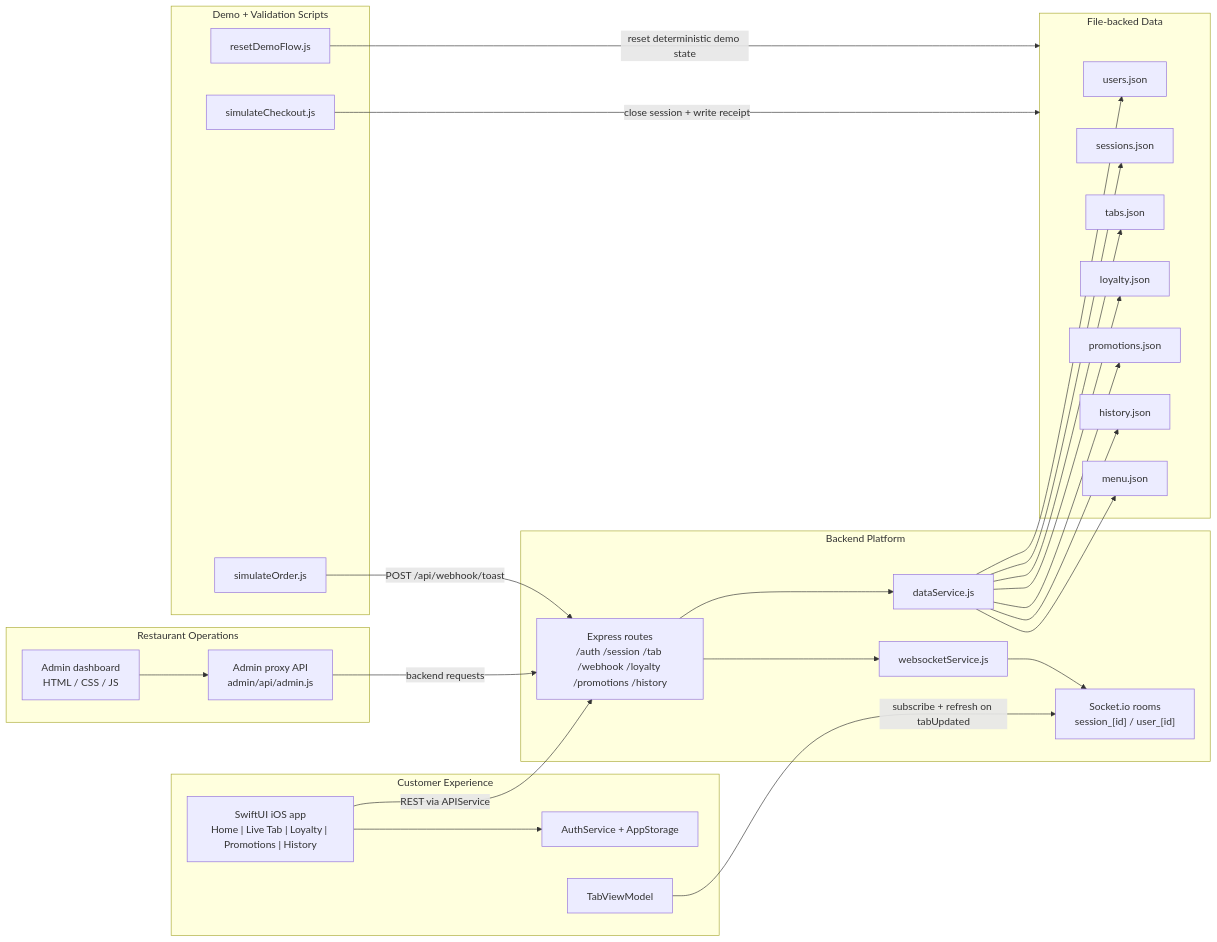
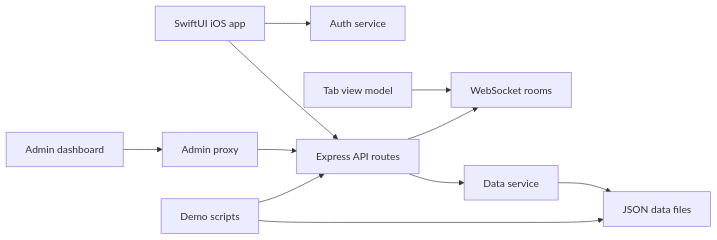
One commit to ebilguun03/ozora-capstone-portfolio changed the diagram in assets/capstone-experience/architecture/architecture-implemented.mmd. Above: the diagram before and after it, drawn with Mermaid. The commit also changed 3 other files, not shown here.

Commit message:
Fix experience page mermaid syntax

```diff
--- a/assets/capstone-experience/architecture/architecture-implemented.mmd
+++ b/assets/capstone-experience/architecture/architecture-implemented.mmd
@@ -1,53 +1,22 @@
 flowchart LR
-    subgraph client["Customer Experience"]
-        ios["SwiftUI iOS app\nHome | Live Tab | Loyalty | Promotions | History"]
-        auth["AuthService + AppStorage"]
-        tabvm["TabViewModel"]
-    end
-
-    subgraph admin["Restaurant Operations"]
-        dash["Admin dashboard\nHTML / CSS / JS"]
-        proxy["Admin proxy API\nadmin/api/admin.js"]
-    end
-
-    subgraph backend["Backend Platform"]
-        express["Express routes\n/auth /session /tab /webhook /loyalty /promotions /history"]
-        socket["Socket.io rooms\nsession_[id] / user_[id]"]
-        data["dataService.js"]
-        ws["websocketService.js"]
-    end
-
-    subgraph simulation["Demo + Validation Scripts"]
-        simOrder["simulateOrder.js"]
-        simCheckout["simulateCheckout.js"]
-        reset["resetDemoFlow.js"]
-    end
-
-    subgraph storage["File-backed Data"]
-        users["users.json"]
-        sessions["sessions.json"]
-        tabs["tabs.json"]
-        loyalty["loyalty.json"]
-        promos["promotions.json"]
-        history["history.json"]
-        menu["menu.json"]
-    end
+    ios["SwiftUI iOS app"]
+    auth["Auth service"]
+    tabvm["Tab view model"]
+    admin["Admin dashboard"]
+    proxy["Admin proxy"]
+    api["Express API routes"]
+    socket["WebSocket rooms"]
+    data["Data service"]
+    sim["Demo scripts"]
+    store["JSON data files"]
 
     ios --> auth
-    ios -->|"REST via APIService"| express
-    tabvm -->|"subscribe + refresh on tabUpdated"| socket
-    express --> data
-    express --> ws
-    ws --> socket
-    data --> users
-    data --> sessions
-    data --> tabs
-    data --> loyalty
-    data --> promos
-    data --> history
-    data --> menu
-    dash --> proxy
-    proxy -->|"backend requests"| express
-    simOrder -->|"POST /api/webhook/toast"| express
-    simCheckout -->|"close session + write receipt"| storage
-    reset -->|"reset deterministic demo state"| storage
+    ios --> api
+    tabvm --> socket
+    admin --> proxy
+    proxy --> api
+    api --> data
+    api --> socket
+    data --> store
+    sim --> api
+    sim --> store
```
